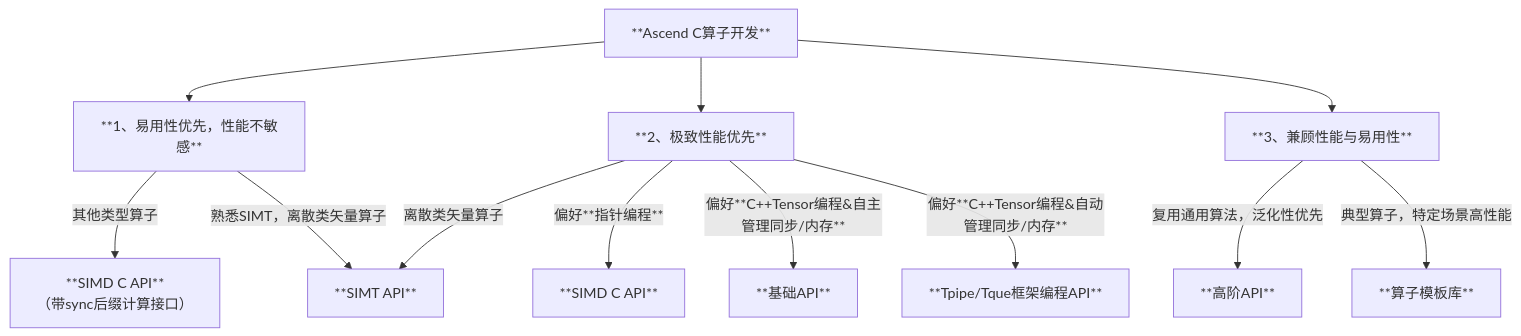
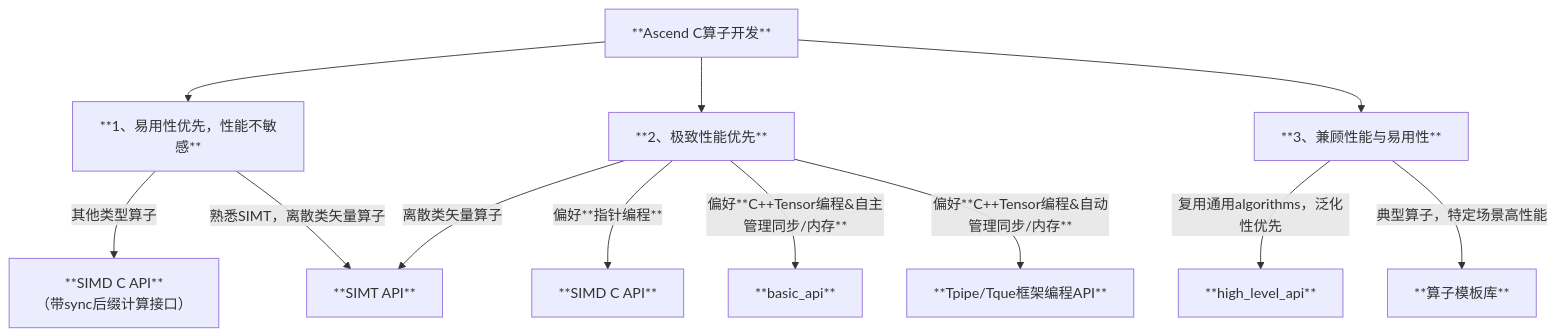
One commit to qingshangyan12/asc-devkit_clone changed the diagram in docs/zh/asc_how_to_choose_api.md. Above: the diagram before and after it, drawn with Mermaid. The commit also changed other lines of this file and 5115 other files, not shown here.

````diff
--- a/docs/zh/asc_how_to_choose_api.md
+++ b/docs/zh/asc_how_to_choose_api.md
@@ -41,15 +41,15 @@
 ```mermaid
 graph TD
     A[**Ascend C算子开发**] --> B[**1、易用性优先，性能不敏感**]
     A --> C[**2、极致性能优先**]
     A --> D[**3、兼顾性能与易用性**]
     B -->|其他类型算子| E[**SIMD C API**<br>（带sync后缀计算接口）]
     B -->|熟悉SIMT，离散类矢量算子| F[**SIMT API**]
     C -->|离散类矢量算子| F
     C -->|偏好**指针编程**| P[**SIMD C API**]
-    C -->|偏好**C++Tensor编程&自主管理同步/内存**| I[**基础API**]
+    C -->|偏好**C++Tensor编程&自主管理同步/内存**| I[**basic_api**]
     C -->|偏好**C++Tensor编程&自动管理同步/内存**| J[**Tpipe/Tque框架编程API**]
 
-    D -->|复用通用算法，泛化性优先| K[**高阶API**]
+    D -->|复用通用algorithms，泛化性优先| K[**high_level_api**]
     D -->|典型算子，特定场景高性能| L[**算子模板库**]
 ```
````
